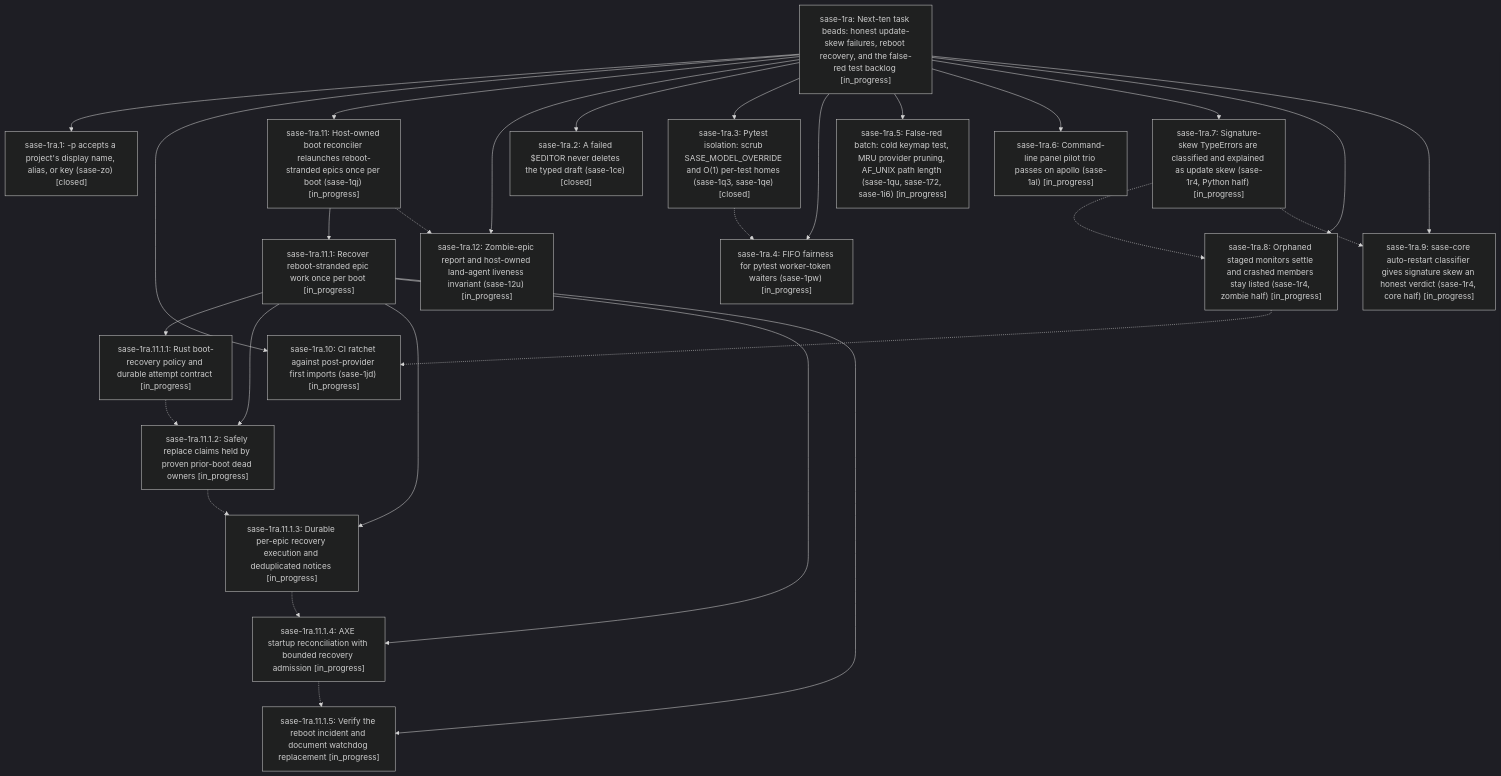
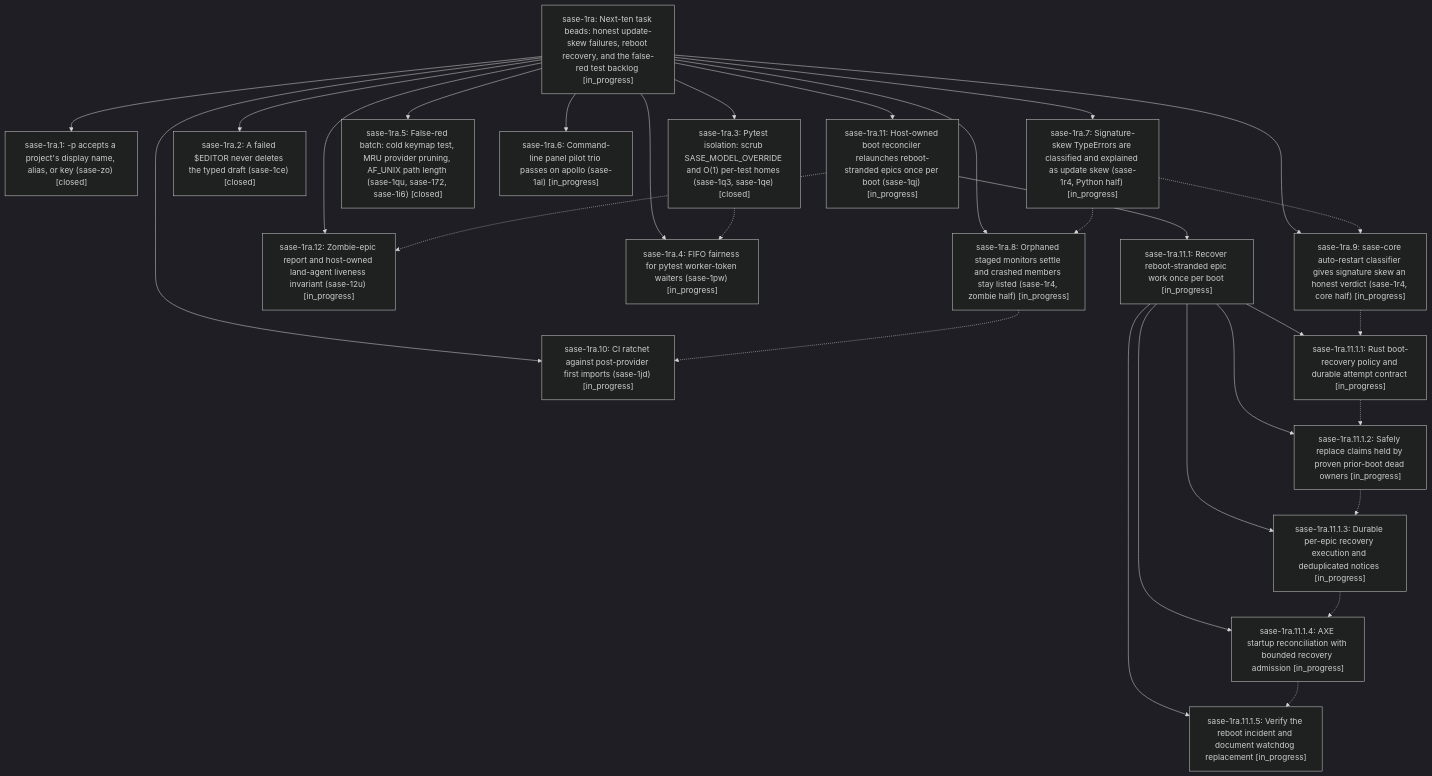
One commit to sase-org/sase--beads changed the diagram in pages/sase-1ra/README.md. Above: the diagram before and after it, drawn with Mermaid (dark theme). The commit also changed other lines of this file and 4 other files, not shown here.

````diff
--- a/pages/sase-1ra/README.md
+++ b/pages/sase-1ra/README.md
@@ -33,49 +33,50 @@
 ```mermaid
 flowchart TD
     n0["sase-1ra: Next-ten task beads: honest update-skew failures, reboot recovery, and the false-red test backlog [in_progress]"]
     n1["sase-1ra.1: -p accepts a project's display name, alias, or key (sase-zo) [closed]"]
     n2["sase-1ra.10: CI ratchet against post-provider first imports (sase-1jd) [in_progress]"]
     n3["sase-1ra.11: Host-owned boot reconciler relaunches reboot-stranded epics once per boot (sase-1qj) [in_progress]"]
     n4["sase-1ra.11.1: Recover reboot-stranded epic work once per boot [in_progress]"]
     n5["sase-1ra.11.1.1: Rust boot-recovery policy and durable attempt contract [in_progress]"]
     n6["sase-1ra.11.1.2: Safely replace claims held by proven prior-boot dead owners [in_progress]"]
     n7["sase-1ra.11.1.3: Durable per-epic recovery execution and deduplicated notices [in_progress]"]
     n8["sase-1ra.11.1.4: AXE startup reconciliation with bounded recovery admission [in_progress]"]
     n9["sase-1ra.11.1.5: Verify the reboot incident and document watchdog replacement [in_progress]"]
     n10["sase-1ra.12: Zombie-epic report and host-owned land-agent liveness invariant (sase-12u) [in_progress]"]
     n11["sase-1ra.2: A failed $EDITOR never deletes the typed draft (sase-1ce) [closed]"]
     n12["sase-1ra.3: Pytest isolation: scrub SASE_MODEL_OVERRIDE and O(1) per-test homes (sase-1q3, sase-1qe) [closed]"]
     n13["sase-1ra.4: FIFO fairness for pytest worker-token waiters (sase-1pw) [in_progress]"]
-    n14["sase-1ra.5: False-red batch: cold keymap test, MRU provider pruning, AF_UNIX path length (sase-1qu, sase-172, sase-1i6) [in_progress]"]
+    n14["sase-1ra.5: False-red batch: cold keymap test, MRU provider pruning, AF_UNIX path length (sase-1qu, sase-172, sase-1i6) [closed]"]
     n15["sase-1ra.6: Command-line panel pilot trio passes on apollo (sase-1al) [in_progress]"]
     n16["sase-1ra.7: Signature-skew TypeErrors are classified and explained as update skew (sase-1r4, Python half) [in_progress]"]
     n17["sase-1ra.8: Orphaned staged monitors settle and crashed members stay listed (sase-1r4, zombie half) [in_progress]"]
     n18["sase-1ra.9: sase-core auto-restart classifier gives signature skew an honest verdict (sase-1r4, core half) [in_progress]"]
     n0 --> n1
     n0 --> n2
     n0 --> n3
     n3 --> n4
     n4 --> n5
     n4 --> n6
     n4 --> n7
     n4 --> n8
     n4 --> n9
     n0 --> n10
     n0 --> n11
     n0 --> n12
     n0 --> n13
     n0 --> n14
     n0 --> n15
     n0 --> n16
     n0 --> n17
     n0 --> n18
     n3 -.-> n10
     n5 -.-> n6
     n6 -.-> n7
     n7 -.-> n8
     n8 -.-> n9
     n12 -.-> n13
     n16 -.-> n17
     n16 -.-> n18
     n17 -.-> n2
+    n18 -.-> n5
 ```
````
